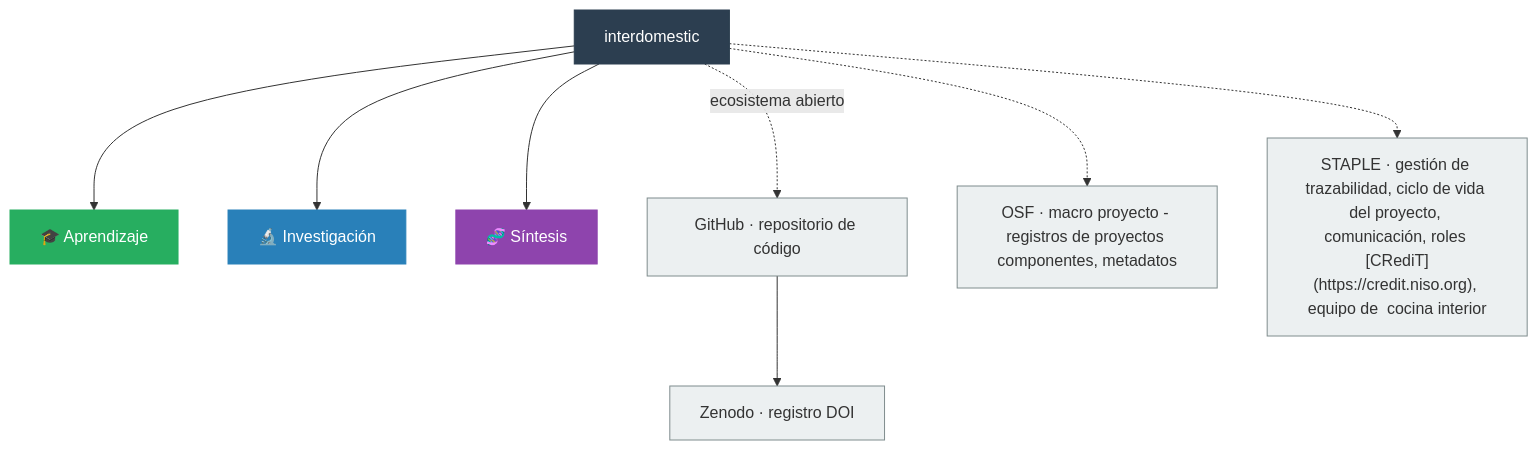
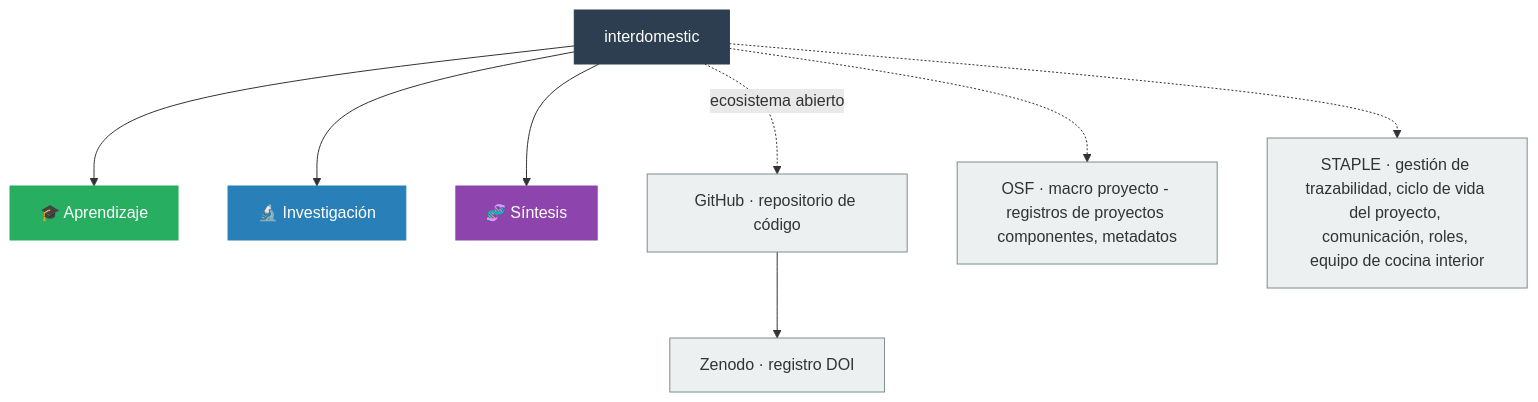
The diagram in index.qmd (maordano/interdomestic), drawn with Mermaid before and after one commit. The commit also changed 3 other files, not shown here.

````diff
--- a/index.qmd
+++ b/index.qmd
@@ -15,21 +15,21 @@
 ```{mermaid}
 flowchart TD
     ID["interdomestic"]
     ID --> A["🎓 Aprendizaje"]
     ID --> I["🔬 Investigación"]
     ID --> S["🧬 Síntesis"]
 
     ID -. ecosistema abierto .-> GH["GitHub · repositorio de código"]
     GH --> Z["Zenodo · registro DOI"]
     ID -.-> OSF["OSF · macro proyecto - registros de proyectos componentes, metadatos"]
-    ID -.-> ST["STAPLE · gestión de trazabilidad, ciclo de vida del proyecto, comunicación, roles [CRediT](https://credit.niso.org), equipo de  cocina interior"]
+    ID -.-> ST["STAPLE · gestión de trazabilidad, ciclo de vida del proyecto, comunicación, roles, equipo de cocina interior"]
 
     style ID fill:#2c3e50,color:#ffffff,stroke:#2c3e50
     style A fill:#27ae60,color:#ffffff,stroke:#27ae60
     style I fill:#2980b9,color:#ffffff,stroke:#2980b9
     style S fill:#8e44ad,color:#ffffff,stroke:#8e44ad
     style GH fill:#ecf0f1,stroke:#7f8c8d
     style Z fill:#ecf0f1,stroke:#7f8c8d
     style OSF fill:#ecf0f1,stroke:#7f8c8d
     style ST fill:#ecf0f1,stroke:#7f8c8d
 ```
````
